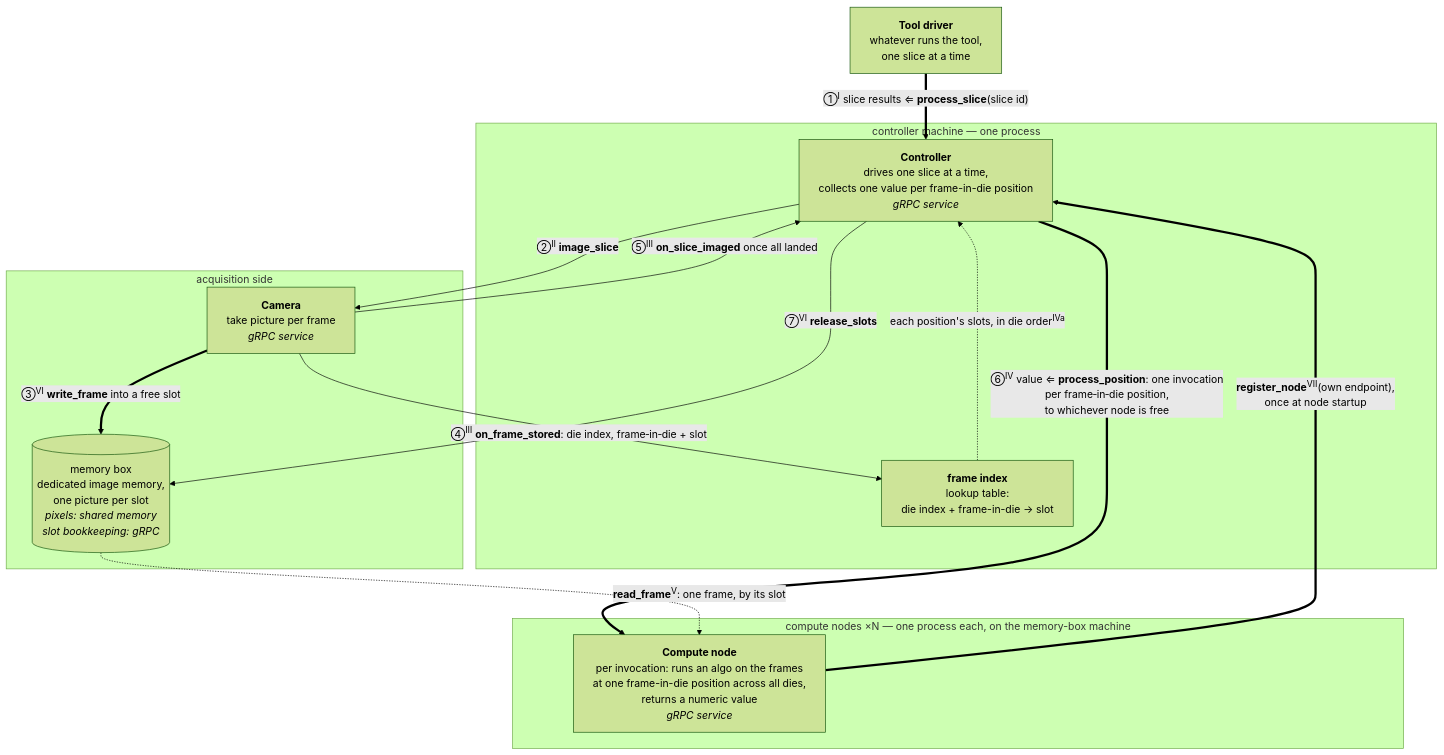
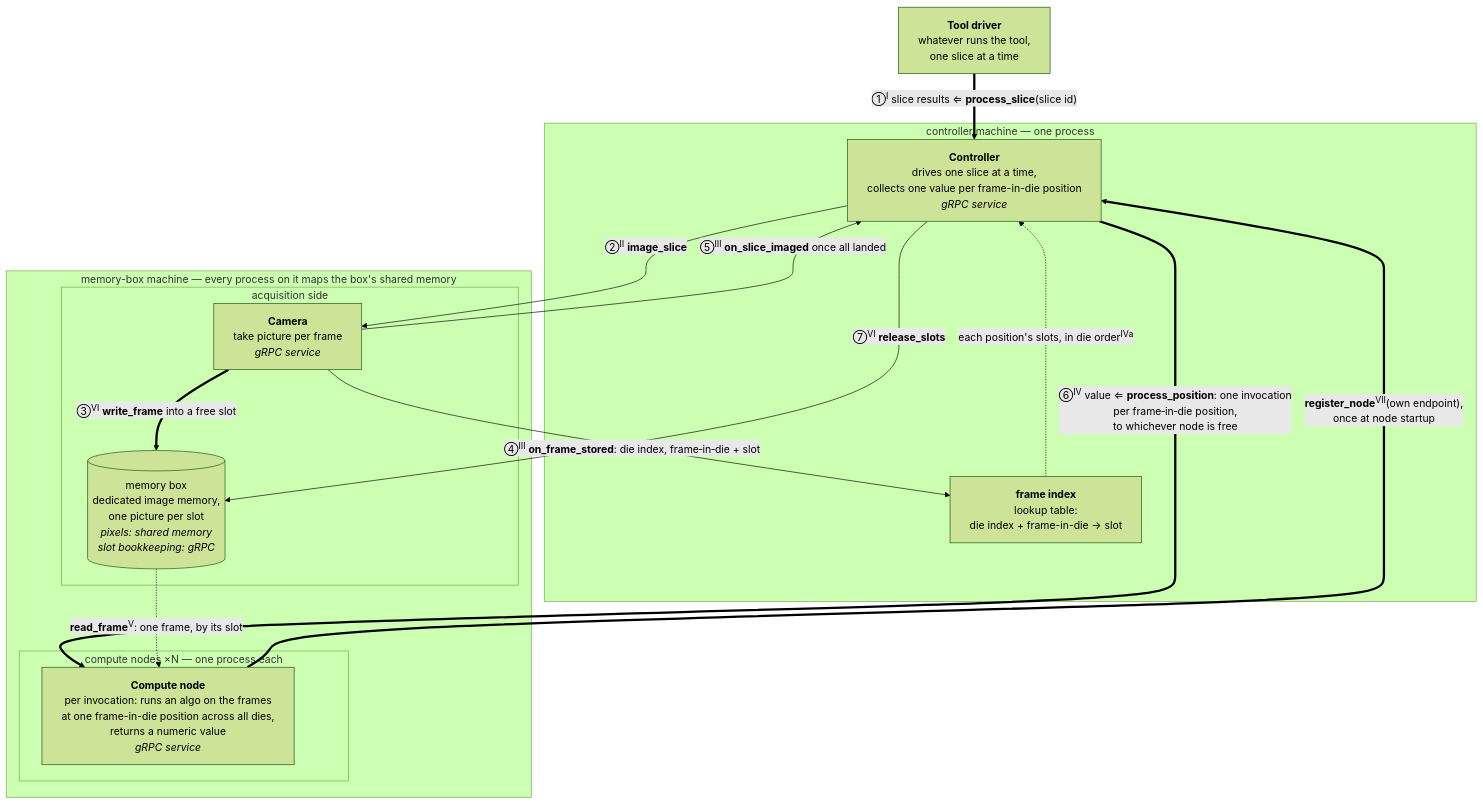
Before and after one commit to erancha/algorithm-controller: the first of 2 diagrams in README.md, drawn with Mermaid (forest theme). The commit also changed other lines of this file, not shown here.

First line of the commit message:
Clarify the solution overview and diagram's machine boundaries

````diff
--- a/README.md
+++ b/README.md
@@ -77,26 +79,28 @@
 ```mermaid
 %%{init: {"flowchart": {"wrappingWidth": 400}}}%%
 flowchart TB
     DRV[<b>Tool driver</b><br/>whatever runs the tool,<br/>one slice at a time]
     subgraph CTRLM[controller machine — one process]
         CTRL[<b>Controller</b><br/>drives one slice at a time,<br/>collects one value per frame-in-die position<br/><i>gRPC service</i>]
         IDX[<b>frame index</b><br/>lookup table:<br/>die index + frame-in-die → slot]
     end
-    subgraph ACQ[acquisition side]
-        CAM[<b>Camera</b><br/>take picture per frame<br/><i>gRPC service</i>]
-        MB[(memory box<br/>dedicated image memory,<br/>one picture per slot<br/><i>pixels: shared memory<br/>slot bookkeeping: gRPC</i>)]
-    end
-    subgraph NODES[compute nodes ×N — one process each, on the memory-box machine]
-        CN[<b>Compute node</b><br/>per invocation: runs an algo on the frames<br/>at one frame-in-die position across all dies,<br/>returns a numeric value<br/><i>gRPC service</i>]
+    subgraph MBM[memory-box machine — every process on it maps the box's shared memory]
+        subgraph ACQ[acquisition side]
+            CAM[<b>Camera</b><br/>take picture per frame<br/><i>gRPC service</i>]
+            MB[(memory box<br/>dedicated image memory,<br/>one picture per slot<br/><i>pixels: shared memory<br/>slot bookkeeping: gRPC</i>)]
+        end
+        subgraph NODES[compute nodes ×N — one process each]
+            CN[<b>Compute node</b><br/>per invocation: runs an algo on the frames<br/>at one frame-in-die position across all dies,<br/>returns a numeric value<br/><i>gRPC service</i>]
+        end
     end
     DRV == "①<sup>Ⅰ</sup>&nbsp;slice&nbsp;results&nbsp;⇐&nbsp;<b>process_slice</b>(slice&nbsp;id)" ==> CTRL
     CTRL -- "②<sup>Ⅱ</sup>&nbsp;<b>image_slice</b>" --> CAM
     CAM == "③<sup>Ⅵ</sup>&nbsp;<b>write_frame</b>&nbsp;into&nbsp;a&nbsp;free&nbsp;slot" ==> MB
     CAM -- "④<sup>Ⅲ</sup>&nbsp;<b>on_frame_stored</b>:&nbsp;die&nbsp;index,&nbsp;frame#8209;in#8209;die&nbsp;+&nbsp;slot" --> IDX
     CAM -- "⑤<sup>Ⅲ</sup>&nbsp;<b>on_slice_imaged</b>&nbsp;once&nbsp;all&nbsp;landed" --> CTRL
     IDX -. "each&nbsp;position's&nbsp;slots,&nbsp;in&nbsp;die&nbsp;order<sup>Ⅳa</sup>" .-> CTRL
     CTRL == "⑥<sup>Ⅳ</sup>&nbsp;value&nbsp;⇐&nbsp;<b>process_position</b>:&nbsp;one&nbsp;invocation<br/>per&nbsp;frame#8209;in#8209;die&nbsp;position,<br/>to&nbsp;whichever&nbsp;node&nbsp;is&nbsp;free" ==> CN
     CN == "<b>register_node</b><sup>Ⅶ</sup>(own&nbsp;endpoint),<br/>once&nbsp;at&nbsp;node&nbsp;startup" ==> CTRL
     MB -. "<b>read_frame</b><sup>Ⅴ</sup>:&nbsp;one&nbsp;frame,&nbsp;by&nbsp;its&nbsp;slot" .-> CN
     CTRL -- "⑦<sup>Ⅵ</sup>&nbsp;<b>release_slots</b>" --> MB
 ```
````
